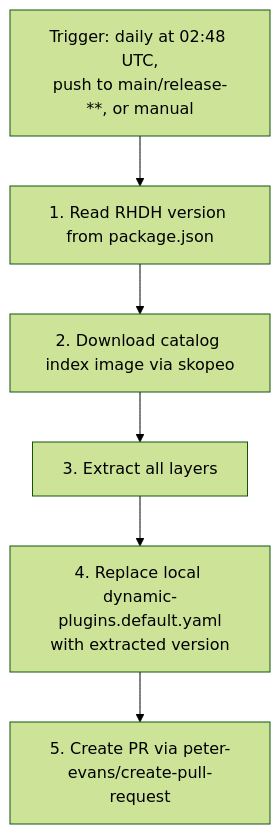
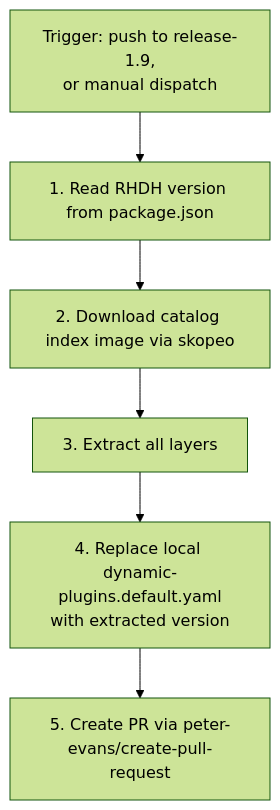
Before and after one commit to redhat-developer/rhdh: the fourth of 5 diagrams in docs/architecture/catalog-index-build.md, drawn with Mermaid (forest theme). The commit also changed other lines of this file and 1 other file, not shown here.

First line of the commit message:
docs: refine architecture docs with operator and 1.10 corrections

````diff
--- a/docs/architecture/catalog-index-build.md
+++ b/docs/architecture/catalog-index-build.md
@@ -248,10 +252,10 @@
 ```mermaid
 flowchart TB
-    trigger["Trigger: daily at 02:48 UTC,<br>push to main/release-**, or manual"]
+    trigger["Trigger: push to release-1.9,<br>or manual dispatch"]
     s1["1. Read RHDH version from package.json"]
     s2["2. Download catalog index image via skopeo"]
     s3["3. Extract all layers"]
     s4["4. Replace local dynamic-plugins.default.yaml<br>with extracted version"]
     s5["5. Create PR via peter-evans/create-pull-request"]
     trigger --> s1 --> s2 --> s3 --> s4 --> s5
 ```
````
